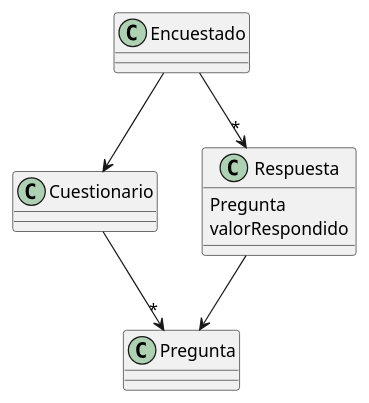
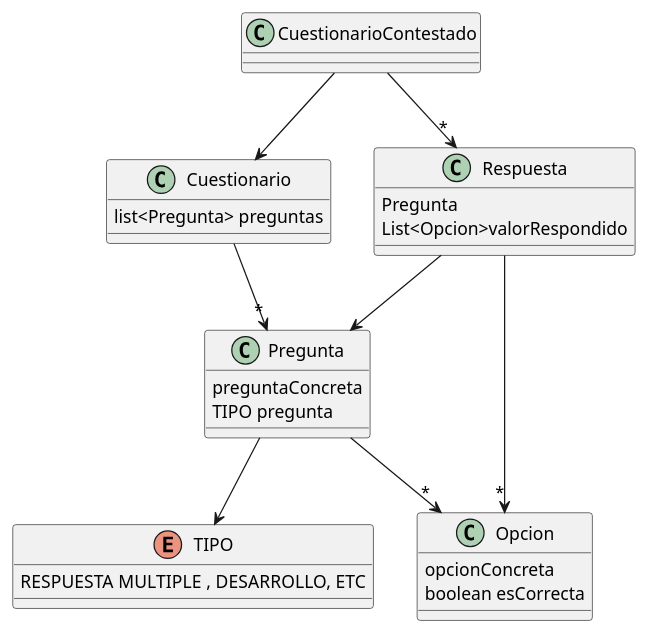
One commit to nachovilla123/DisenioDeSistemasUTN changed the diagram in src/primer_parcial/2023/ESTIM/ESTIM_V1_BUEN_DISEÑO/extras/modelo_Cuestionario.puml. Above: the diagram before and after it, drawn with PlantUML. The commit also changed other lines of this file and 1 other file, not shown here.

Commit message:
extras a modelo cuestionario

```diff
--- a/src/primer_parcial/2023/ESTIM/ESTIM_V1_BUEN_DISEÑO/extras/modelo_Cuestionario.puml
+++ b/src/primer_parcial/2023/ESTIM/ESTIM_V1_BUEN_DISEÑO/extras/modelo_Cuestionario.puml
@@ -1,17 +1,38 @@
 @startuml
 
 Cuestionario -->"*" Pregunta
-Encuestado --> Cuestionario
-Encuestado -->"*" Respuesta
+CuestionarioContestado --> Cuestionario
+CuestionarioContestado -->"*" Respuesta
 Respuesta --> Pregunta 
 
 class Cuestionario {
 
+    list<Pregunta> preguntas
 }
 
 class Respuesta {
     Pregunta
-    valorRespondido
+    List<Opcion>valorRespondido
 }
 
+class Pregunta {
+    preguntaConcreta
+    TIPO pregunta
+
+}
+Pregunta  --> TIPO
+enum TIPO {
+    RESPUESTA MULTIPLE , DESARROLLO, ETC
+}
+
+Respuesta -->"*" Opcion 
+Pregunta -->"*" Opcion
+
+class Opcion {
+    opcionConcreta
+    boolean esCorrecta
+}
+
+
+
 @enduml
```
